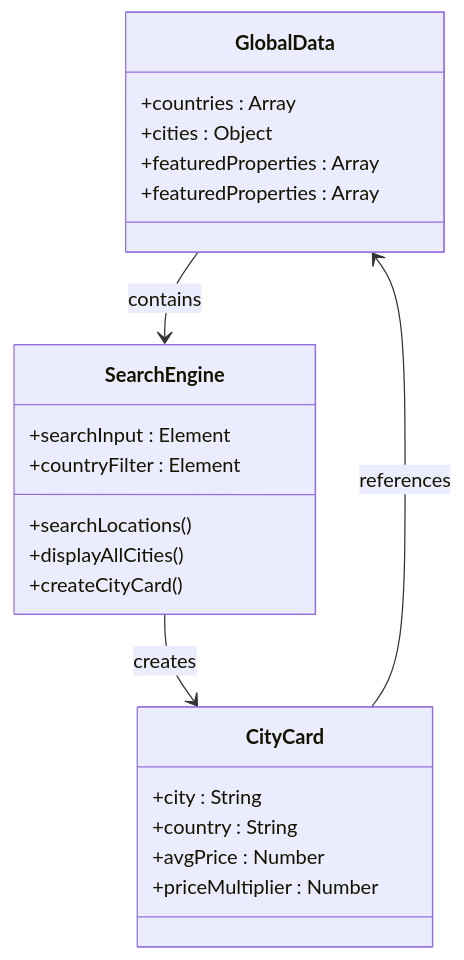
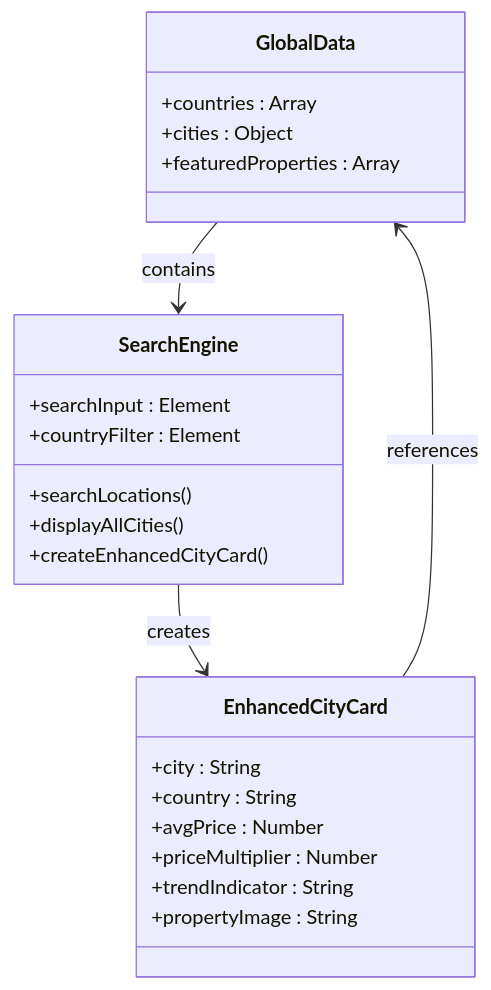
Before and after one commit to tashkirrr/housing-price-prediction: the fourth of 6 diagrams in .qoder/repowiki/en/content/Deployment and Operations/Static Site Deployment.md, drawn with Mermaid. The commit also changed other lines of this file and 3 other files, not shown here.

First line of the commit message:
docs(deployment): enhance deployment docs with dual architecture and static site details

````diff
--- a/.qoder/repowiki/en/content/Deployment and Operations/Static Site Deployment.md
+++ b/.qoder/repowiki/en/content/Deployment and Operations/Static Site Deployment.md
@@ -185,25 +221,26 @@
 ```mermaid
 classDiagram
 class GlobalData {
 +countries : Array
 +cities : Object
 +featuredProperties : Array
-+featuredProperties : Array
 }
 class SearchEngine {
 +searchLocations()
 +displayAllCities()
-+createCityCard()
++createEnhancedCityCard()
 +searchInput : Element
 +countryFilter : Element
 }
-class CityCard {
+class EnhancedCityCard {
 +city : String
 +country : String
 +avgPrice : Number
 +priceMultiplier : Number
++trendIndicator : String
++propertyImage : String
 }
 GlobalData --> SearchEngine : contains
-SearchEngine --> CityCard : creates
-CityCard --> GlobalData : references
+SearchEngine --> EnhancedCityCard : creates
+EnhancedCityCard --> GlobalData : references
 ```
````
